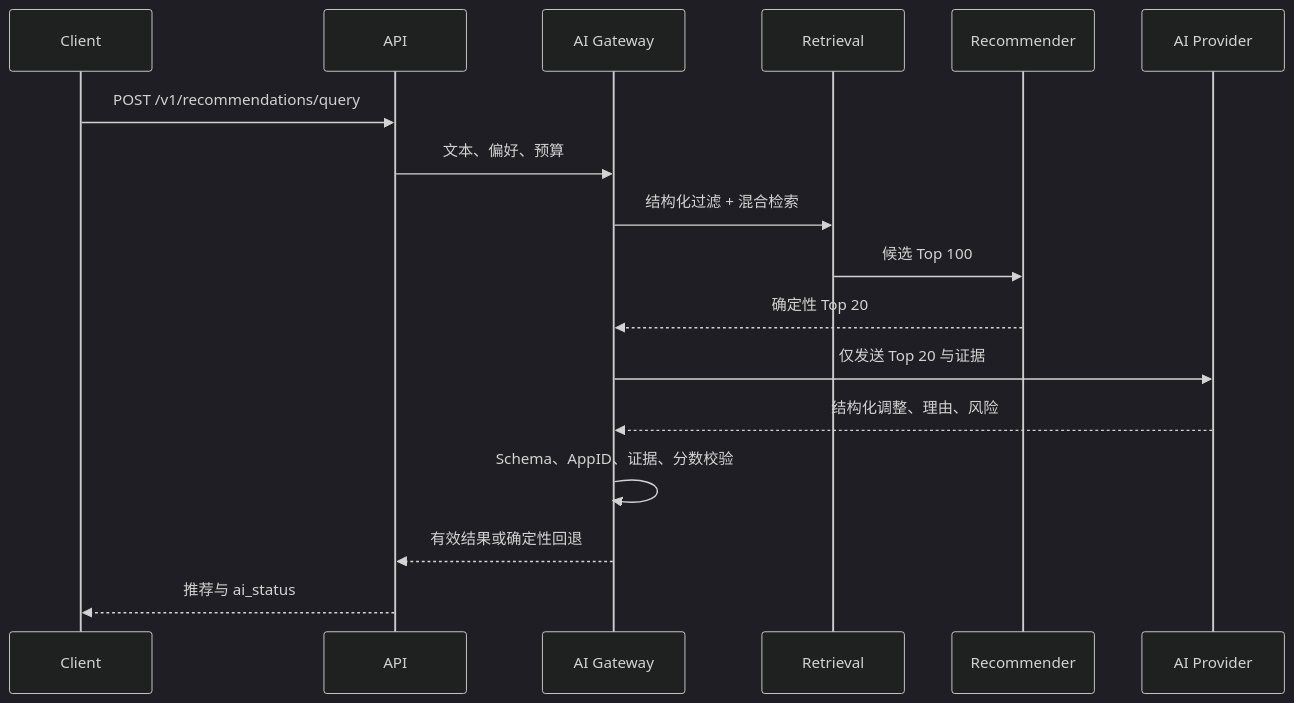
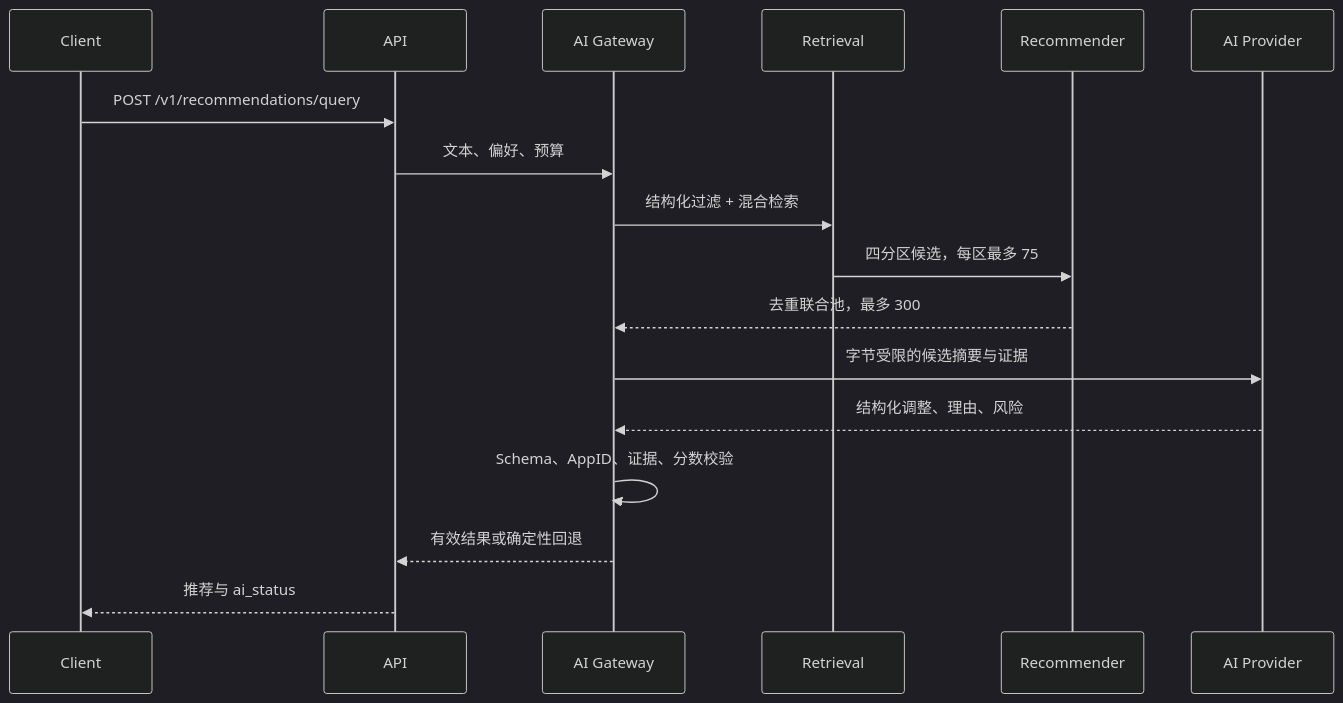
The fourth of 5 diagrams in docs/ARCHITECTURE.md (Lotulune/lobbytally), drawn with Mermaid (dark theme) before and after one commit. The commit also changed other lines of this file and 68 other files, not shown here.

````diff
--- a/docs/ARCHITECTURE.md
+++ b/docs/ARCHITECTURE.md
@@ -234,19 +237,19 @@
 ```mermaid
 sequenceDiagram
     participant C as Client
     participant A as API
     participant G as AI Gateway
     participant Q as Retrieval
     participant R as Recommender
     participant P as AI Provider
     C->>A: POST /v1/recommendations/query
     A->>G: 文本、偏好、预算
     G->>Q: 结构化过滤 + 混合检索
-    Q->>R: 候选 Top 100
-    R-->>G: 确定性 Top 20
-    G->>P: 仅发送 Top 20 与证据
+    Q->>R: 四分区候选，每区最多 75
+    R-->>G: 去重联合池，最多 300
+    G->>P: 字节受限的候选摘要与证据
     P-->>G: 结构化调整、理由、风险
     G->>G: Schema、AppID、证据、分数校验
     G-->>A: 有效结果或确定性回退
     A-->>C: 推荐与 ai_status
 ```
````
